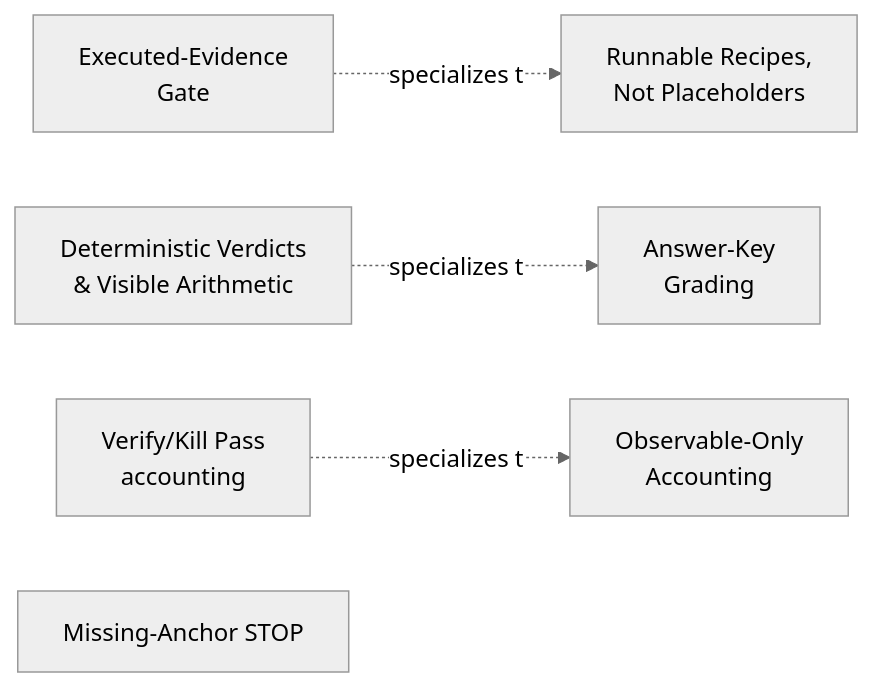
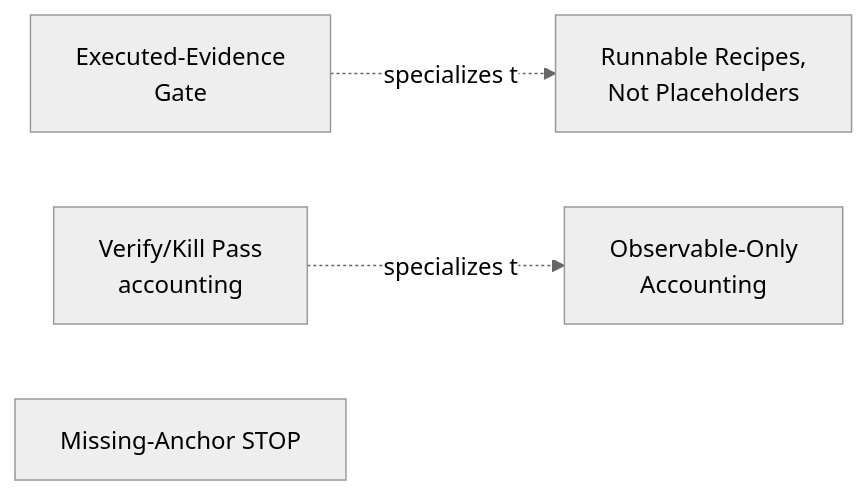
One commit to Brownbull/gabe-suite changed the third of 3 diagrams in docs/src/mechanisms.md. Above: the diagram before and after it, drawn with Mermaid (neutral theme). The commit also changed other lines of this file and 39 other files, not shown here.

First line of the commit message:
docs(site): re-architect the docs site around verification-first + wire the map and pain-point memes

````diff
--- a/docs/src/mechanisms.md
+++ b/docs/src/mechanisms.md
@@ -455,7 +474,6 @@
 ```mermaid
 flowchart LR
     EE["Executed-Evidence<br>Gate"] -.specializes to.-> RR["Runnable Recipes,<br>Not Placeholders"]
-    DV["Deterministic Verdicts<br>& Visible Arithmetic"] -.specializes to.-> AK["Answer-Key<br>Grading"]
     VK["Verify/Kill Pass<br>accounting"] -.specializes to.-> OA["Observable-Only<br>Accounting"]
     MA["Missing-Anchor STOP"]
 ```
````
